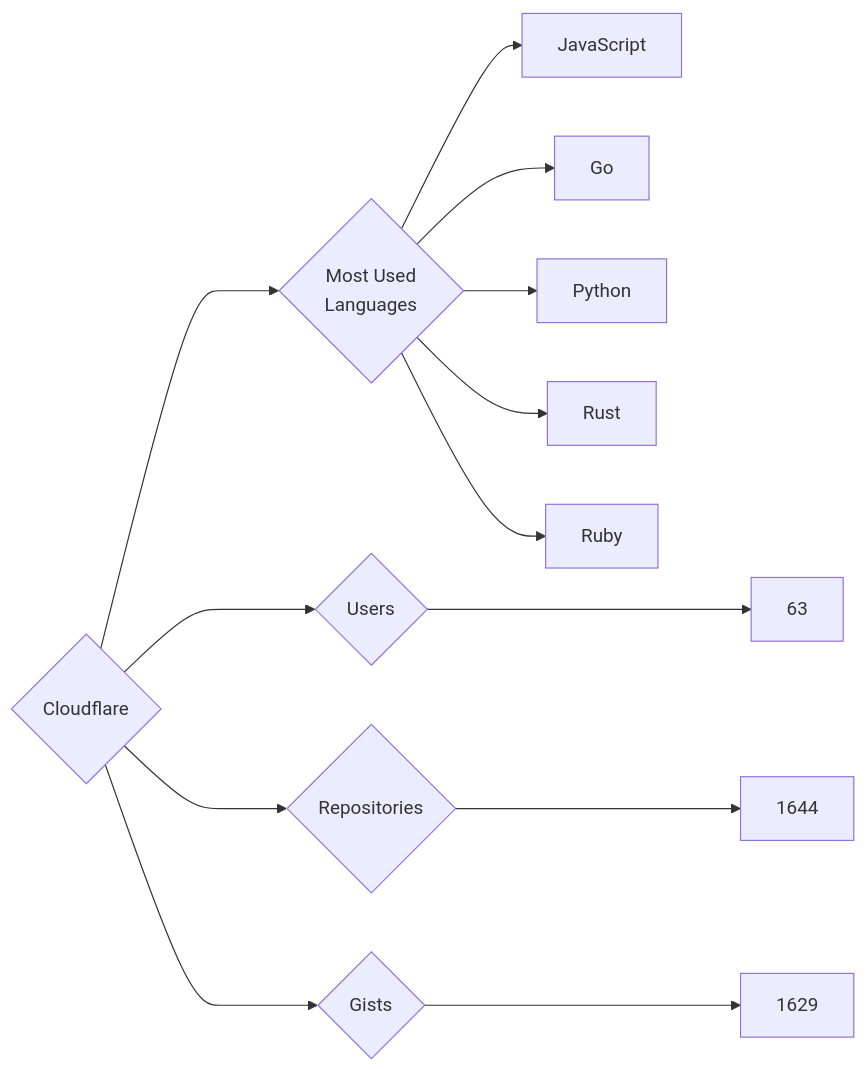
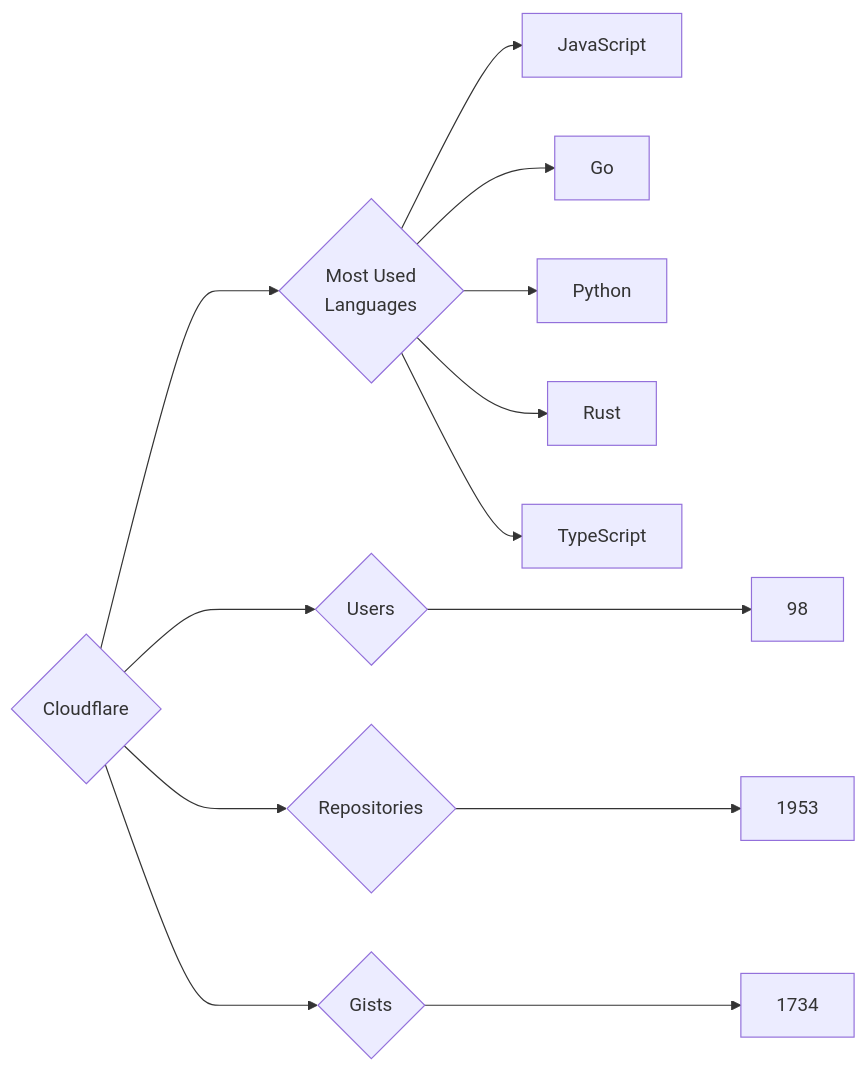
The diagram in targets/Cloudflare/README.md (trickest/insiders), drawn with Mermaid before and after one commit. The commit also changed 912 other files, not shown here.

````diff
--- a/targets/Cloudflare/README.md
+++ b/targets/Cloudflare/README.md
@@ -3,13 +3,13 @@
 ```mermaid
 graph LR
 COMPANY_NAME{Cloudflare}
-COMPANY_NAME ---> U{Users} ---> UN[63]
-COMPANY_NAME ---> R{Repositories} ---> RN[1644]
-COMPANY_NAME ---> G{Gists} ---> GN[1629]
+COMPANY_NAME ---> U{Users} ---> UN[98]
+COMPANY_NAME ---> R{Repositories} ---> RN[1953]
+COMPANY_NAME ---> G{Gists} ---> GN[1734]
 COMPANY_NAME ---> ML{Most Used<br>Languages}
 ML --> JavaScript[JavaScript]
 ML --> Go[Go]
 ML --> Python[Python]
 ML --> Rust[Rust]
-ML --> Ruby[Ruby]
+ML --> TypeScript[TypeScript]
 ```
````
